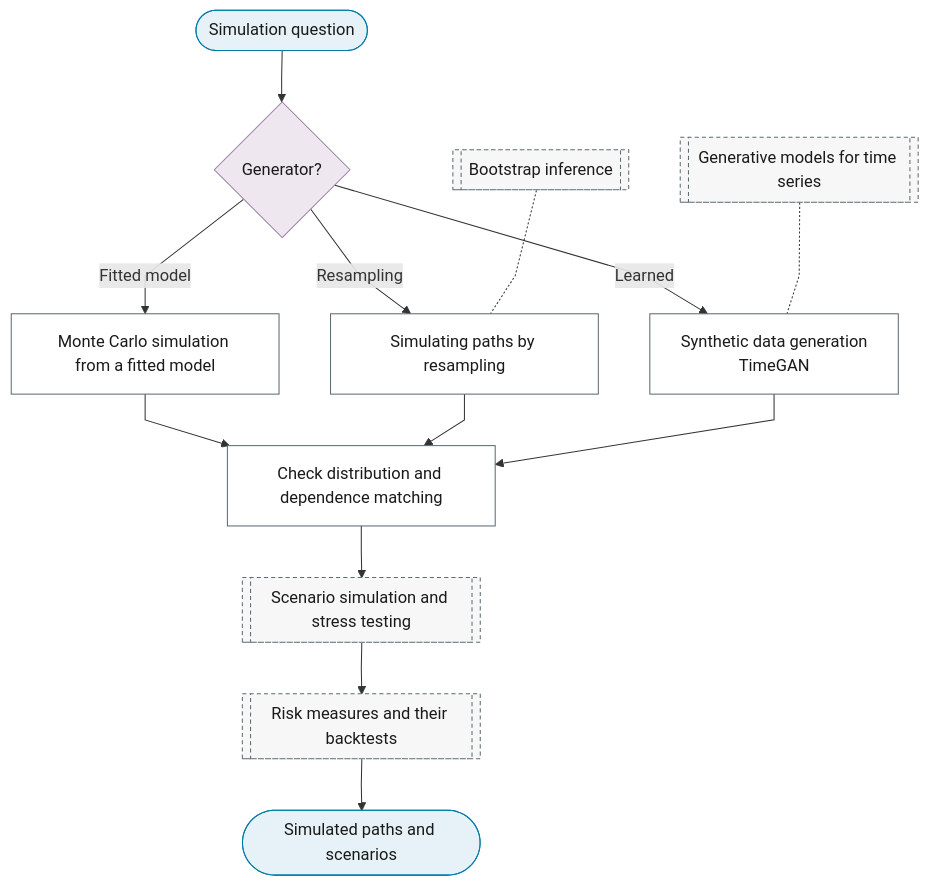
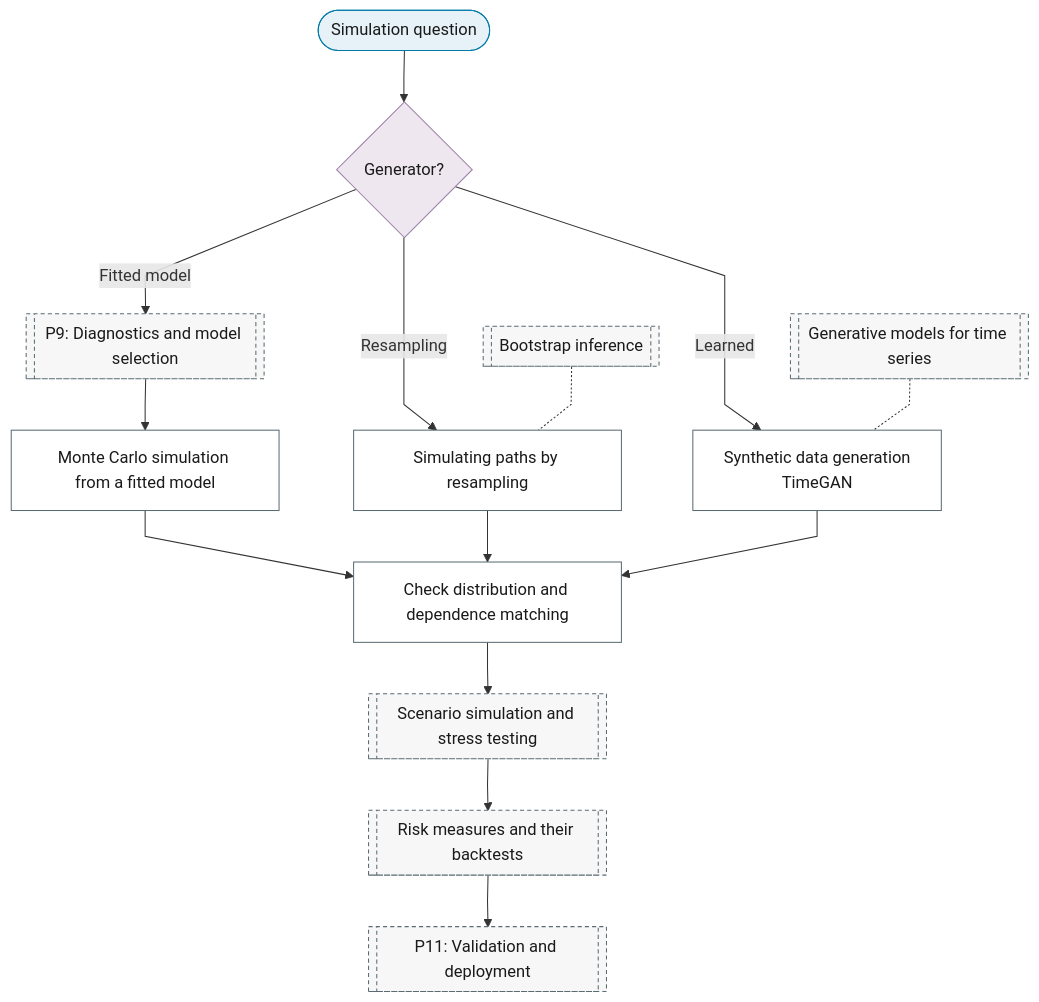
The diagram in docs/01-workflow/p02-purpose/10-simulation.md (Shuxin-Y/time-series-analysis-manual), drawn with Mermaid before and after one commit. The commit also changed 9 other files, not shown here.

First line of the commit message:
fix(flowchart): purpose charts route through the spine and end at P11

````diff
--- a/docs/01-workflow/p02-purpose/10-simulation.md
+++ b/docs/01-workflow/p02-purpose/10-simulation.md
@@ -7,26 +7,27 @@
 ```mermaid
 %%{init: {"flowchart": {"curve": "linear"}}}%%
 graph TD
     P2_SM_IN(["Simulation question"]) --> P2_SM_SOURCE{"Generator?"}
-    P2_SM_SOURCE -->|"Fitted model"| P2_SM_MONTE_CARLO["Monte Carlo simulation from a fitted model"]
+    P2_SM_SOURCE -->|"Fitted model"| P9[["P9: Diagnostics and model selection"]]
     P2_SM_SOURCE -->|"Resampling"| P2_SM_BOOTSTRAP_PATHS["Simulating paths by resampling"]
     P2_SM_SOURCE -->|"Learned"| P2_SM_SYNTHETIC["Synthetic data generation<br/>TimeGAN"]
+    P9 --> P2_SM_MONTE_CARLO["Monte Carlo simulation from a fitted model"]
     P2_SM_MONTE_CARLO & P2_SM_BOOTSTRAP_PATHS & P2_SM_SYNTHETIC --> P2_SM_DISTRIBUTION_MATCH["Check distribution and dependence matching"]
     P9_BOOTSTRAP[["Bootstrap inference"]] -.- P2_SM_BOOTSTRAP_PATHS
     P6_GENERATIVE[["Generative models for time series"]] -.- P2_SM_SYNTHETIC
     P2_SM_DISTRIBUTION_MATCH --> P10_SCENARIOS[["Scenario simulation and stress testing"]]
     P10_SCENARIOS --> P10_RISK_MEASURES[["Risk measures and their backtests"]]
-    P10_RISK_MEASURES --> P2_SM_OUT(["Simulated paths and scenarios"])
-    class P2_SM_IN,P2_SM_OUT terminator
+    P10_RISK_MEASURES --> P11[["P11: Validation and deployment"]]
+    class P2_SM_IN terminator
     class P2_SM_SOURCE decision
-    class P2_SM_MONTE_CARLO,P2_SM_BOOTSTRAP_PATHS,P2_SM_SYNTHETIC,P2_SM_DISTRIBUTION_MATCH process
-    class P9_BOOTSTRAP,P6_GENERATIVE,P10_SCENARIOS,P10_RISK_MEASURES ref
+    class P2_SM_BOOTSTRAP_PATHS,P2_SM_SYNTHETIC,P2_SM_MONTE_CARLO,P2_SM_DISTRIBUTION_MATCH process
+    class P9,P9_BOOTSTRAP,P6_GENERATIVE,P10_SCENARIOS,P10_RISK_MEASURES,P11 ref
     classDef terminator fill:#E6F2F7,stroke:#007BA7,color:#1A1A1A;
     classDef process fill:#FFFFFF,stroke:#5A6B73,color:#1A1A1A;
     classDef decision fill:#EFE7F0,stroke:#9B7FA7,color:#1A1A1A;
     classDef data fill:#FFF4E0,stroke:#C9A55E,color:#1A1A1A;
     classDef good fill:#DCEFD8,stroke:#4A7A3F,color:#1A1A1A;
     classDef escalate fill:#FFE9C2,stroke:#C9A55E,color:#1A1A1A;
     classDef problem fill:#F2D9DE,stroke:#800020,color:#1A1A1A;
     classDef ref fill:#F7F7F7,stroke:#5A6B73,color:#1A1A1A,stroke-dasharray:4 3;
 ```
````
